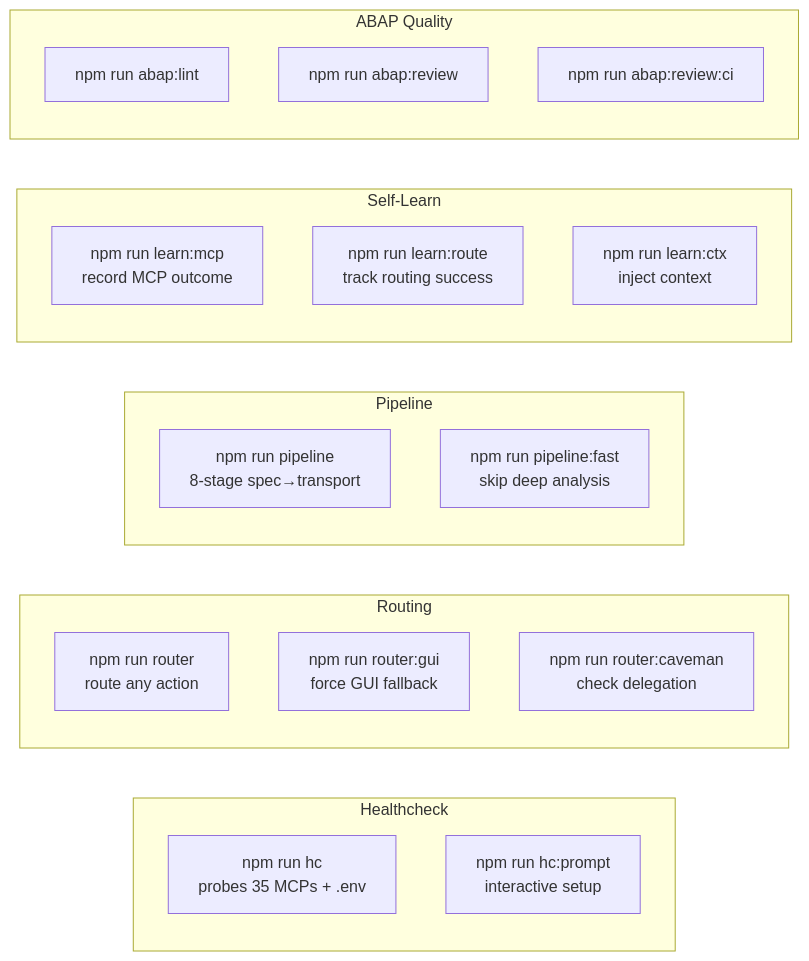
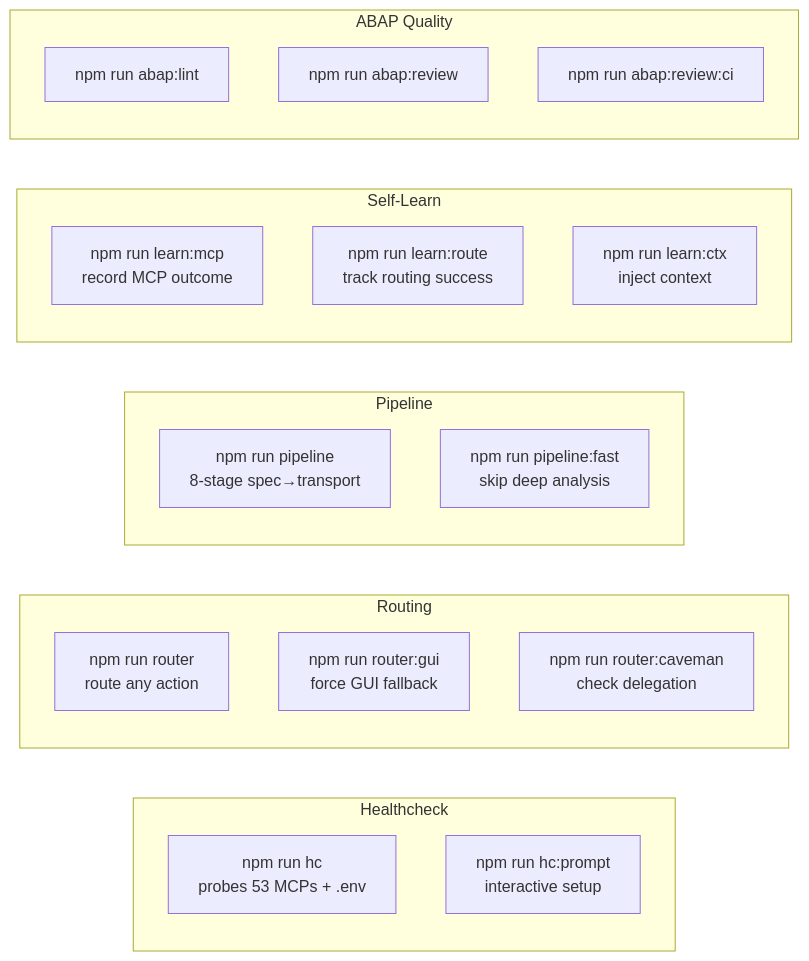
One commit to williamcorrea23/sap-router-skill changed the third of 8 diagrams in README.md. Above: the diagram before and after it, drawn with Mermaid. The commit also changed other lines of this file and 331 other files, not shown here.

````diff
--- a/README.md
+++ b/README.md
@@ -147,26 +147,26 @@
 ```mermaid
 flowchart LR
     subgraph Health["Healthcheck"]
-        HC["npm run hc<br/>probes 35 MCPs + .env"]
+        HC["npm run hc<br/>probes 53 MCPs + .env"]
         HCP["npm run hc:prompt<br/>interactive setup"]
     end
     subgraph Routes["Routing"]
         RT["npm run router<br/>route any action"]
         RG["npm run router:gui<br/>force GUI fallback"]
         RC["npm run router:caveman<br/>check delegation"]
     end
     subgraph Pipeline["Pipeline"]
         PL["npm run pipeline<br/>8-stage spec→transport"]
         PF["npm run pipeline:fast<br/>skip deep analysis"]
     end
     subgraph SelfLearn["Self-Learn"]
         LM["npm run learn:mcp<br/>record MCP outcome"]
         LR["npm run learn:route<br/>track routing success"]
         LC["npm run learn:ctx<br/>inject context"]
     end
     subgraph Lint["ABAP Quality"]
         AL["npm run abap:lint"]
         AR["npm run abap:review"]
         AC["npm run abap:review:ci"]
     end
 ```
````
